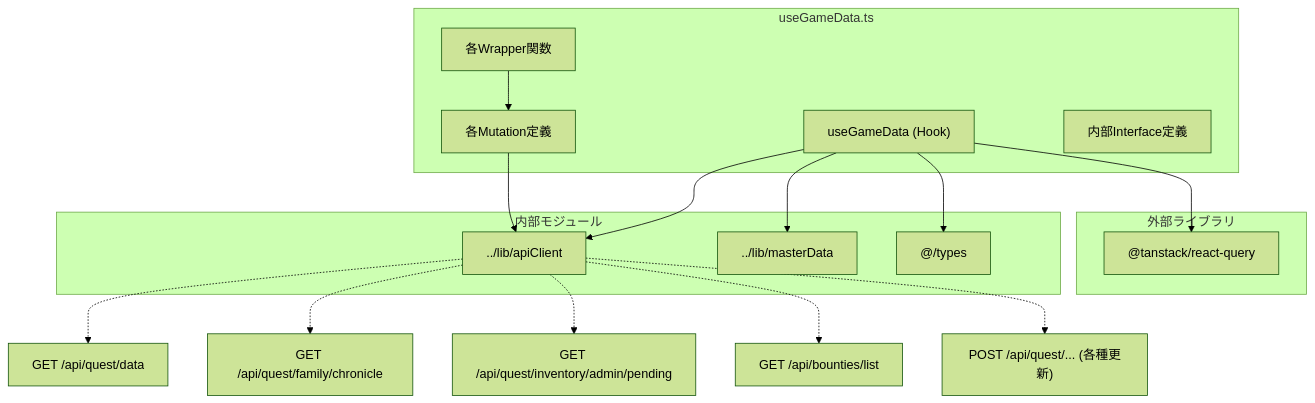
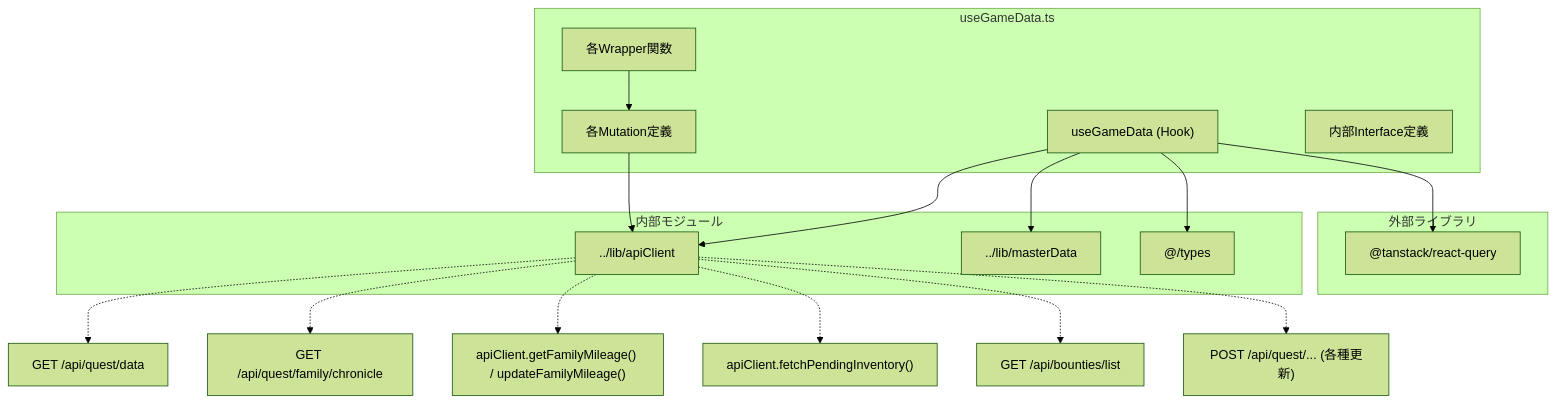
The second of 2 diagrams in docs/specifications/family-quest/src/hooks/useGameData.md (mmtigers/my_python_project), drawn with Mermaid (forest theme) before and after one commit. The commit also changed other lines of this file and 47 other files, not shown here.

````diff
--- a/docs/specifications/family-quest/src/hooks/useGameData.md
+++ b/docs/specifications/family-quest/src/hooks/useGameData.md
@@ -330,33 +350,34 @@
 ```mermaid
 graph TD
     subgraph "useGameData.ts"
         Hook_useGameData["useGameData (Hook)"]
         Mutations["各Mutation定義"]
         Wrappers["各Wrapper関数"]
         Types["内部Interface定義"]
     end
 
     subgraph "外部ライブラリ"
         ReactQuery["@tanstack/react-query"]
     end
 
     subgraph "内部モジュール"
         APIClient["../lib/apiClient"]
         MasterData["../lib/masterData"]
         AppTypes["@/types"]
     end
 
     Hook_useGameData --> ReactQuery
     Hook_useGameData --> APIClient
     Hook_useGameData --> MasterData
     Hook_useGameData --> AppTypes
     Mutations --> APIClient
     Wrappers --> Mutations
 
     APIClient -.-> Endpoint_Data["GET /api/quest/data"]
     APIClient -.-> Endpoint_Chronicle["GET /api/quest/family/chronicle"]
-    APIClient -.-> Endpoint_Pending["GET /api/quest/inventory/admin/pending"]
+    APIClient -.-> Endpoint_FamilyMileage["apiClient.getFamilyMileage() / updateFamilyMileage()"]
+    APIClient -.-> Endpoint_Pending["apiClient.fetchPendingInventory()"]
     APIClient -.-> Endpoint_Bounties["GET /api/bounties/list"]
     APIClient -.-> Endpoint_Mutations["POST /api/quest/... (各種更新)"]
 
 ```
````
